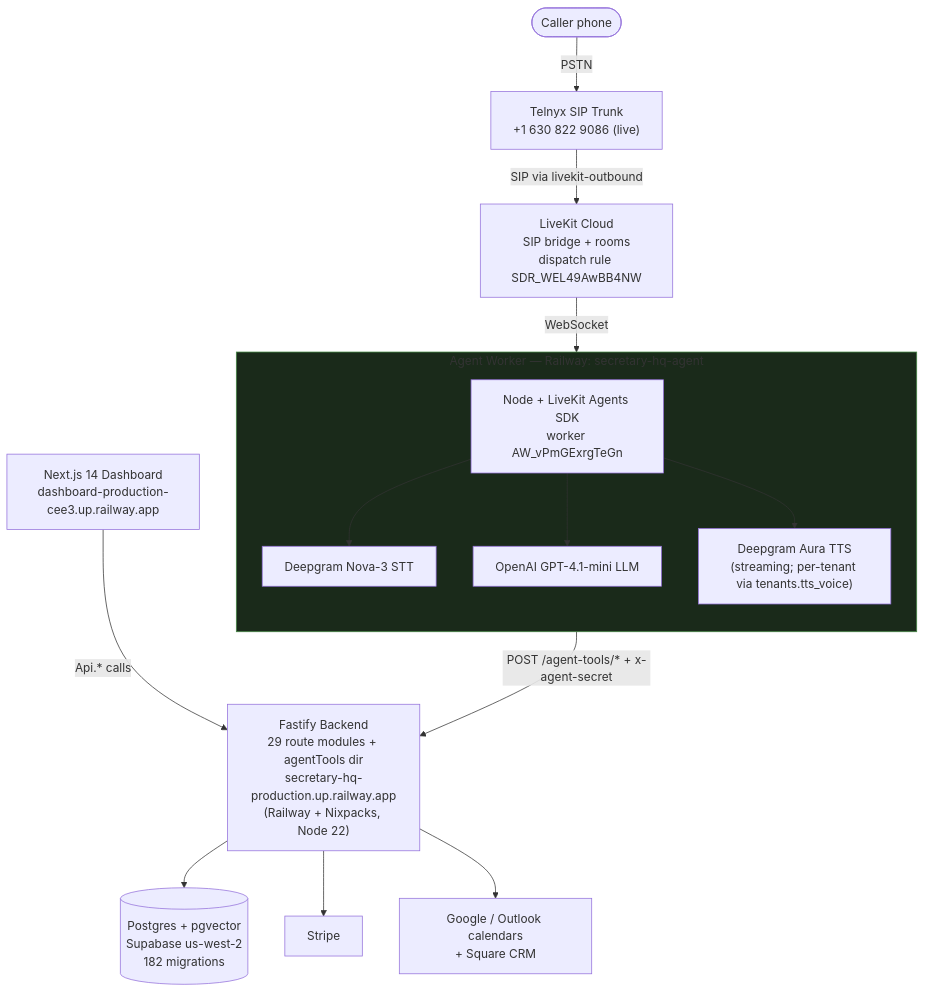
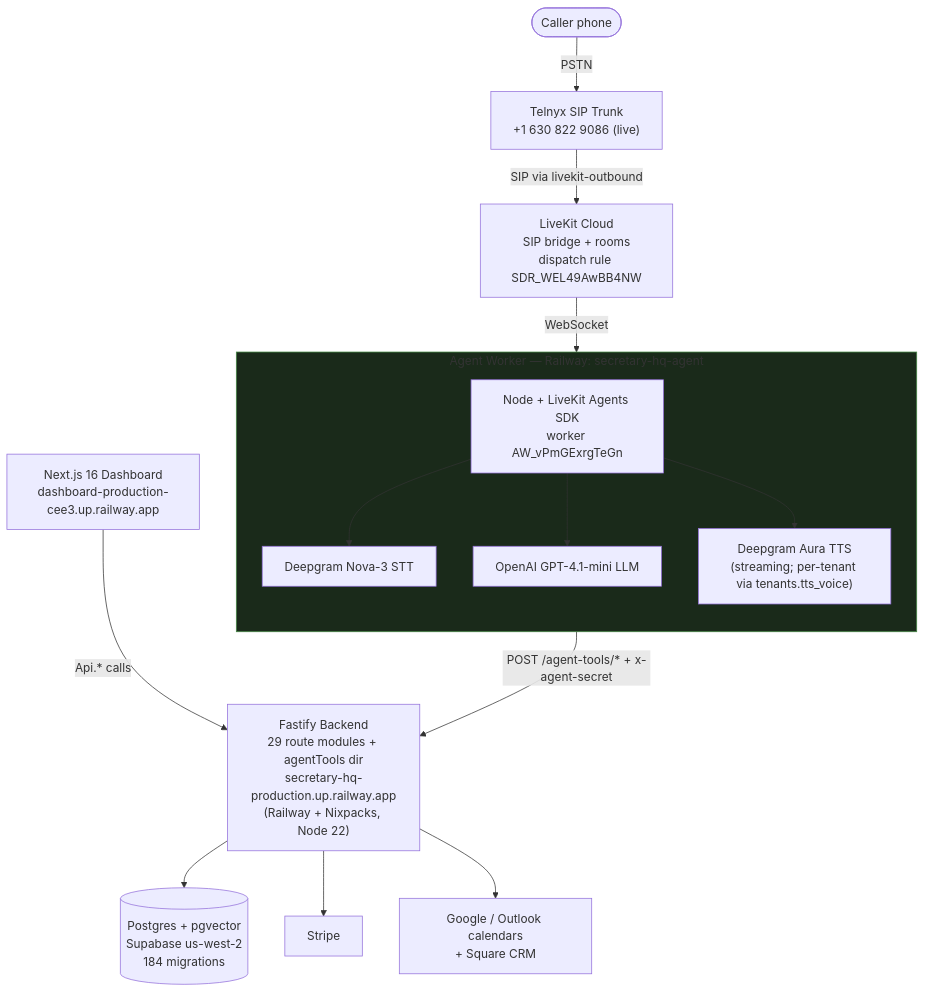
One commit to ddemott/ai-sec changed the first of 12 diagrams in docs/DIAGRAMS.md. Above: the diagram before and after it, drawn with Mermaid. The commit also changed 9 other files, not shown here.

````diff
--- a/docs/DIAGRAMS.md
+++ b/docs/DIAGRAMS.md
@@ -28,37 +28,37 @@
 ```mermaid
 flowchart TB
   Caller([Caller phone])
   Telnyx["Telnyx SIP Trunk<br/>+1 630 822 9086 (live)"]
   Caller -->|PSTN| Telnyx
 
   LiveKit["LiveKit Cloud<br/>SIP bridge + rooms<br/>dispatch rule SDR_WEL49AwBB4NW"]
   Telnyx -->|SIP via livekit-outbound| LiveKit
 
   subgraph agentBox["Agent Worker — Railway: secretary-hq-agent"]
     direction TB
     Agent["Node + LiveKit Agents SDK<br/>worker AW_vPmGExrgTeGn"]
     DG["Deepgram Nova-3 STT"]
     OAI["OpenAI GPT-4.1-mini LLM"]
     TTS["Deepgram Aura TTS<br/>(streaming; per-tenant via tenants.tts_voice)"]
     Agent --> DG
     Agent --> OAI
     Agent --> TTS
   end
 
   LiveKit -->|WebSocket| Agent
 
   Fastify["Fastify Backend<br/>29 route modules + agentTools dir<br/>secretary-hq-production.up.railway.app<br/>(Railway + Nixpacks, Node 22)"]
   Agent -->|POST /agent-tools/* + x-agent-secret| Fastify
 
-  Postgres[("Postgres + pgvector<br/>Supabase us-west-2<br/>182 migrations")]
+  Postgres[("Postgres + pgvector<br/>Supabase us-west-2<br/>184 migrations")]
   Stripe["Stripe"]
   Integrations["Google / Outlook calendars<br/>+ Square CRM"]
-  Dashboard["Next.js 14 Dashboard<br/>dashboard-production-cee3.up.railway.app"]
+  Dashboard["Next.js 16 Dashboard<br/>dashboard-production-cee3.up.railway.app"]
 
   Fastify --> Postgres
   Fastify --> Stripe
   Fastify --> Integrations
   Dashboard -->|Api.* calls| Fastify
 
   style agentBox fill:#1a2a1a,stroke:#484
 ```
````
